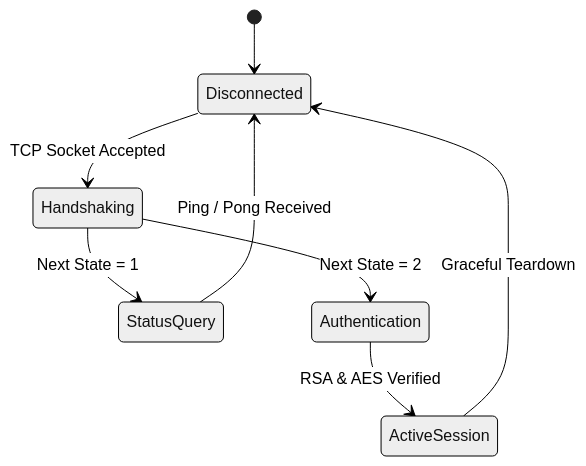
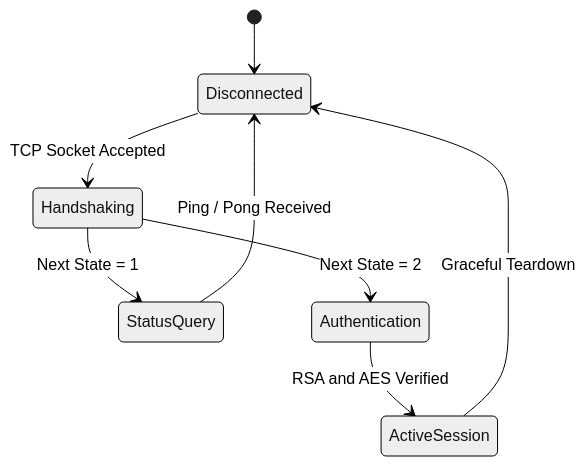
Before and after one commit to Bittu5134/bittu5134.github.io: the third of 3 diagrams in public/raw/blogs/engineering-handbook-and-syntax-showcase.md, drawn with Mermaid (neutral theme). The commit also changed other lines of this file and 24 other files, not shown here.

Commit message:
feat(blog): fix mermaid diagrams, add dark theme, littlefoot footnotes, and static indexing search

````diff
--- a/public/raw/blogs/engineering-handbook-and-syntax-showcase.md
+++ b/public/raw/blogs/engineering-handbook-and-syntax-showcase.md
@@ -251,10 +251,10 @@
 ```mermaid
 stateDiagram-v2
     [*] --> Disconnected
     Disconnected --> Handshaking: TCP Socket Accepted
     Handshaking --> StatusQuery: Next State = 1
     Handshaking --> Authentication: Next State = 2
     StatusQuery --> Disconnected: Ping / Pong Received
-    Authentication --> ActiveSession: RSA & AES Verified
+    Authentication --> ActiveSession: RSA and AES Verified
     ActiveSession --> Disconnected: Graceful Teardown
 ```
````
